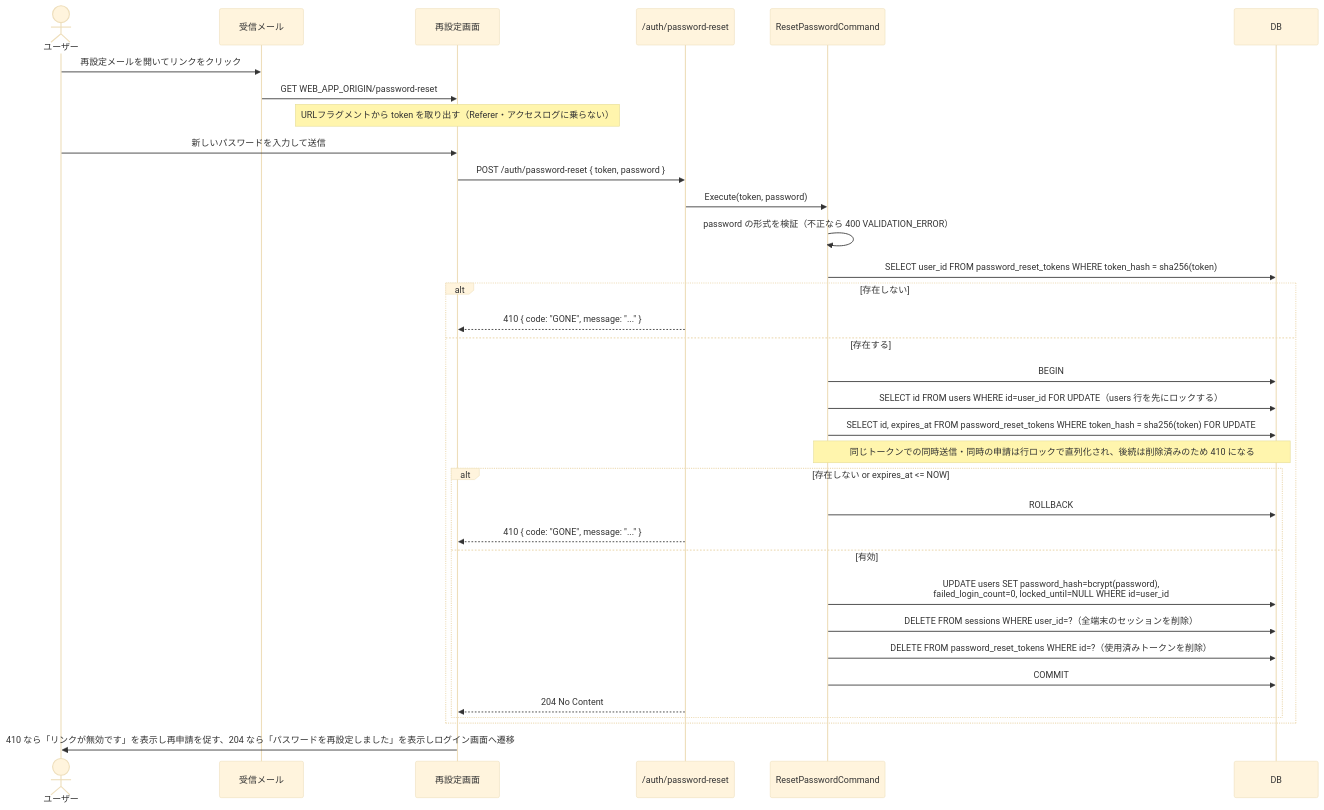
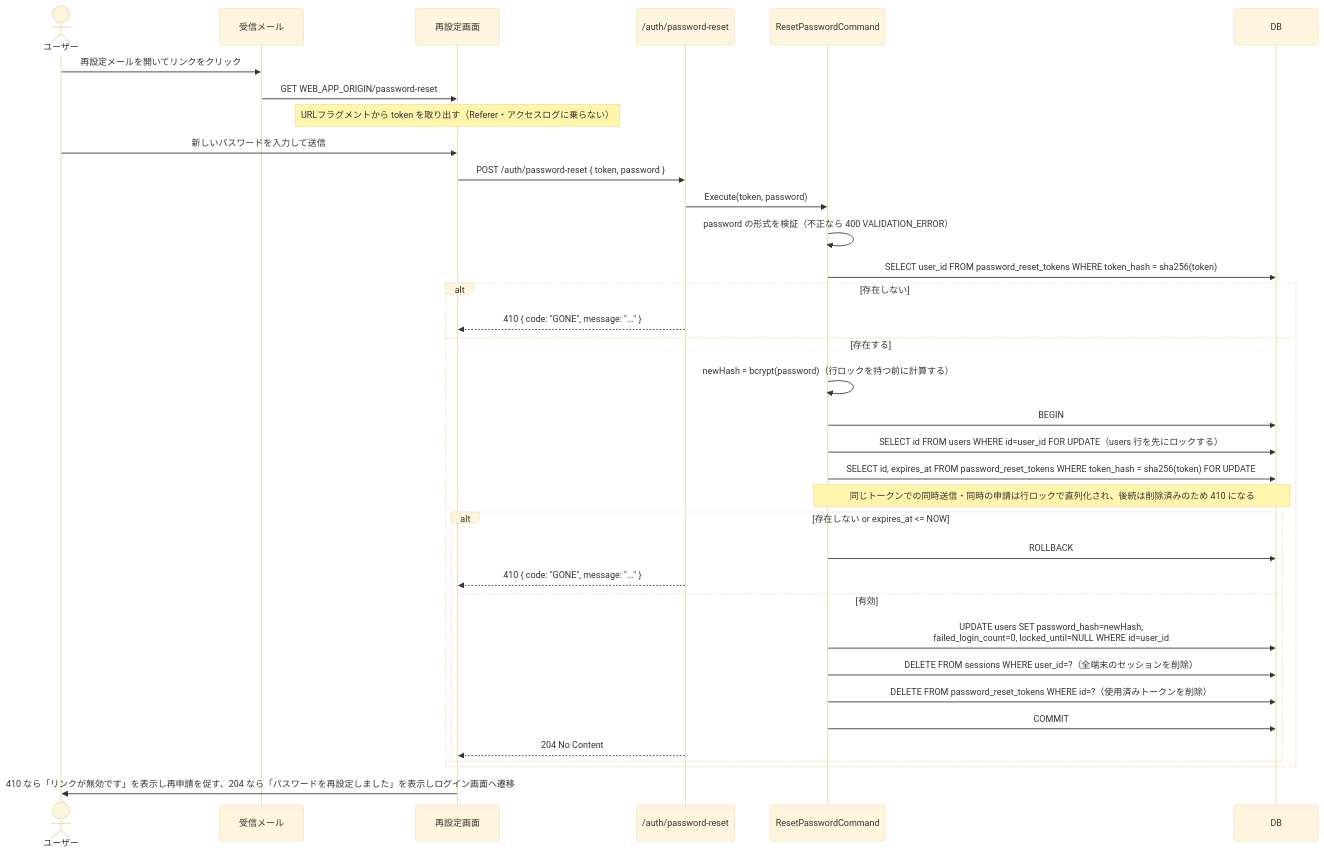
Before and after one commit to Haya372/ai-trial: the third of 3 diagrams in docs/spec/SPEC-011-account-lock-password-reset.md, drawn with Mermaid (base theme).

Commit message:
docs: Hash the new password before the reset transaction

````diff
--- a/docs/spec/SPEC-011-account-lock-password-reset.md
+++ b/docs/spec/SPEC-011-account-lock-password-reset.md
@@ -312,37 +312,38 @@
 ```mermaid
 sequenceDiagram
     actor User as ユーザー
     participant Mail as 受信メール
     participant UI as 再設定画面
     participant API as /auth/password-reset
     participant UC as ResetPasswordCommand
     participant DB
 
     User->>Mail: 再設定メールを開いてリンクをクリック
     Mail->>UI: GET WEB_APP_ORIGIN/password-reset#token=<token>
     Note over UI: URLフラグメントから token を取り出す（Referer・アクセスログに乗らない）
     User->>UI: 新しいパスワードを入力して送信
     UI->>API: POST /auth/password-reset { token, password }
     API->>UC: Execute(token, password)
     UC->>UC: password の形式を検証（不正なら 400 VALIDATION_ERROR）
     UC->>DB: SELECT user_id FROM password_reset_tokens WHERE token_hash = sha256(token)
     alt 存在しない
         API-->>UI: 410 { code: "GONE", message: "..." }
     else 存在する
-    UC->>DB: BEGIN
-    UC->>DB: SELECT id FROM users WHERE id=user_id FOR UPDATE（users 行を先にロックする）
-    UC->>DB: SELECT id, expires_at FROM password_reset_tokens WHERE token_hash = sha256(token) FOR UPDATE
-    Note over UC,DB: 同じトークンでの同時送信・同時の申請は行ロックで直列化され、後続は削除済みのため 410 になる
-    alt 存在しない or expires_at <= NOW
-        UC->>DB: ROLLBACK
-        API-->>UI: 410 { code: "GONE", message: "..." }
-    else 有効
-        UC->>DB: UPDATE users SET password_hash=bcrypt(password),<br/>failed_login_count=0, locked_until=NULL WHERE id=user_id
-        UC->>DB: DELETE FROM sessions WHERE user_id=?（全端末のセッションを削除）
-        UC->>DB: DELETE FROM password_reset_tokens WHERE id=?（使用済みトークンを削除）
-        UC->>DB: COMMIT
-        API-->>UI: 204 No Content
-    end
+        UC->>UC: newHash = bcrypt(password)（行ロックを持つ前に計算する）
+        UC->>DB: BEGIN
+        UC->>DB: SELECT id FROM users WHERE id=user_id FOR UPDATE（users 行を先にロックする）
+        UC->>DB: SELECT id, expires_at FROM password_reset_tokens WHERE token_hash = sha256(token) FOR UPDATE
+        Note over UC,DB: 同じトークンでの同時送信・同時の申請は行ロックで直列化され、後続は削除済みのため 410 になる
+        alt 存在しない or expires_at <= NOW
+            UC->>DB: ROLLBACK
+            API-->>UI: 410 { code: "GONE", message: "..." }
+        else 有効
+            UC->>DB: UPDATE users SET password_hash=newHash,<br/>failed_login_count=0, locked_until=NULL WHERE id=user_id
+            UC->>DB: DELETE FROM sessions WHERE user_id=?（全端末のセッションを削除）
+            UC->>DB: DELETE FROM password_reset_tokens WHERE id=?（使用済みトークンを削除）
+            UC->>DB: COMMIT
+            API-->>UI: 204 No Content
+        end
     end
     UI->>User: 410 なら「リンクが無効です」を表示し再申請を促す、204 なら「パスワードを再設定しました」を表示しログイン画面へ遷移
 ```
````
